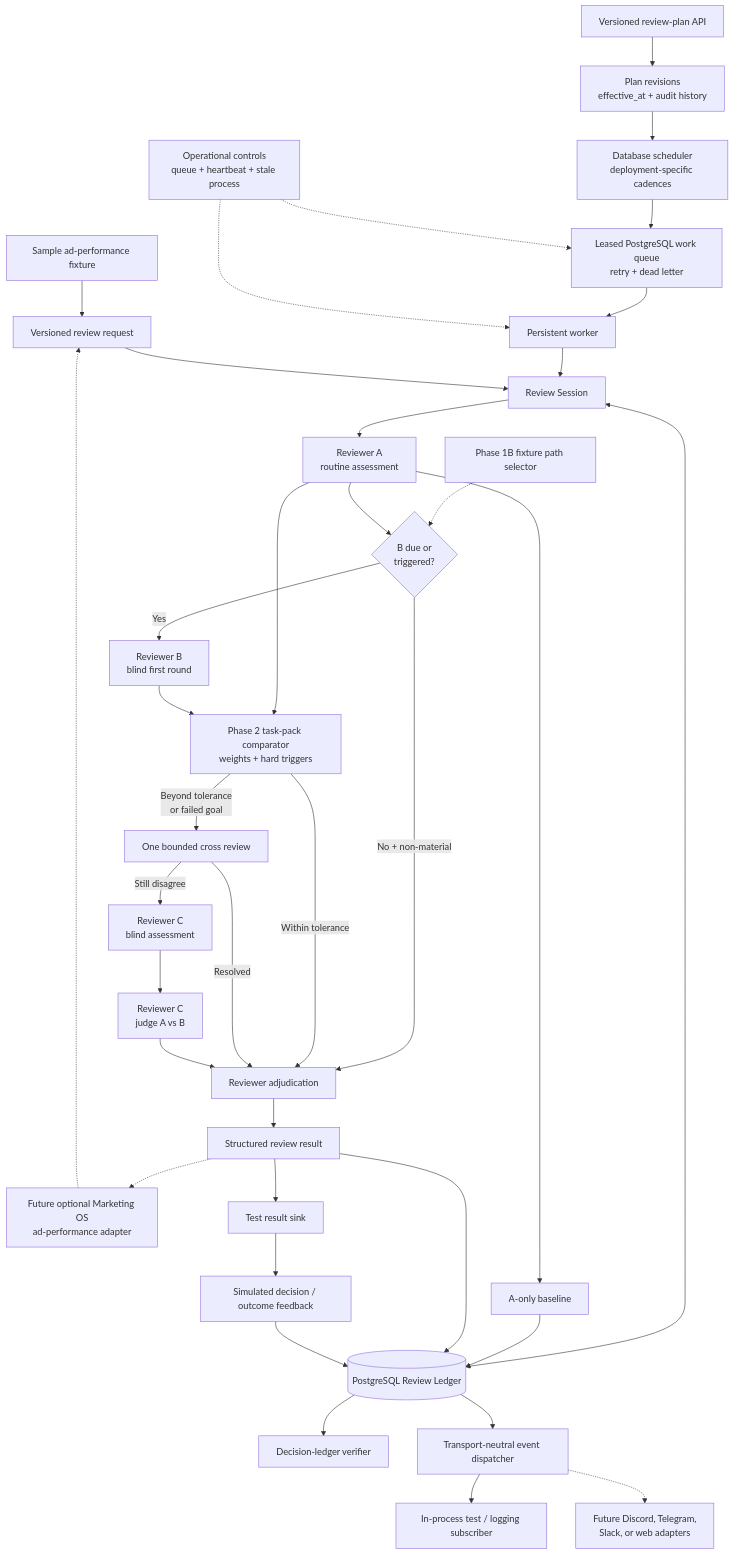
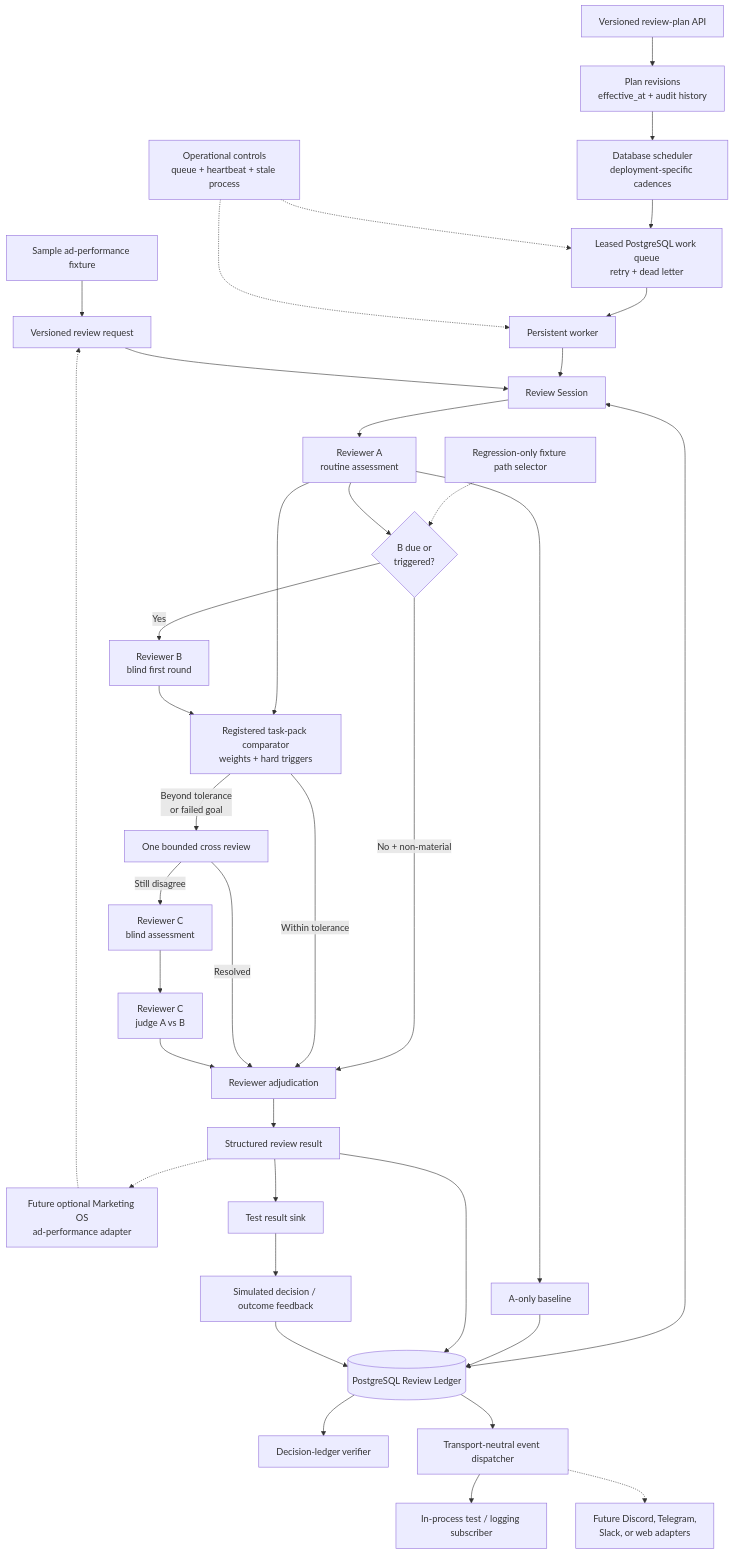
The diagram in MVP_architecture_flow.mmd (0xZanderPander/CONCLAVE), drawn with Mermaid before and after one commit. The commit also changed 25 other files, not shown here.

Commit message:
Start Phase 2 automatic task-pack routing

```diff
--- a/MVP_architecture_flow.mmd
+++ b/MVP_architecture_flow.mmd
@@ -1,39 +1,39 @@
 flowchart TB
     Fixture["Sample ad-performance fixture"] --> Request["Versioned review request"]
     FutureMarketing["Future optional Marketing OS<br/>ad-performance adapter"] -.-> Request
     PlanAPI["Versioned review-plan API"] --> Plans["Plan revisions<br/>effective_at + audit history"]
     Plans --> Scheduler["Database scheduler<br/>deployment-specific cadences"]
     Scheduler --> Queue["Leased PostgreSQL work queue<br/>retry + dead letter"]
     Queue --> Worker["Persistent worker"]
     Worker --> Session["Review Session"]
     Request --> Session
     Session <--> Ledger[("PostgreSQL Review Ledger")]
     Ops["Operational controls<br/>queue + heartbeat + stale process"] -.-> Queue
     Ops -.-> Worker
-    FixturePath["Phase 1B fixture path selector"] -.-> Expand
+    FixturePath["Regression-only fixture path selector"] -.-> Expand
 
     Session --> A["Reviewer A<br/>routine assessment"]
     A --> Baseline["A-only baseline"]
     Baseline --> Ledger
     A --> Expand{"B due or<br/>triggered?"}
     Expand -->|"No + non-material"| Resolve["Reviewer adjudication"]
     Expand -->|"Yes"| B["Reviewer B<br/>blind first round"]
-    A --> Compare["Phase 2 task-pack comparator<br/>weights + hard triggers"]
+    A --> Compare["Registered task-pack comparator<br/>weights + hard triggers"]
     B --> Compare
     Compare -->|"Within tolerance"| Resolve
     Compare -->|"Beyond tolerance<br/>or failed goal"| Cross["One bounded cross review"]
     Cross -->|"Resolved"| Resolve
     Cross -->|"Still disagree"| CBlind["Reviewer C<br/>blind assessment"]
     CBlind --> CJudge["Reviewer C<br/>judge A vs B"]
     CJudge --> Resolve
 
     Resolve --> Result["Structured review result"]
     Result --> Ledger
     Ledger --> Audit["Decision-ledger verifier"]
     Ledger --> Dispatcher["Transport-neutral event dispatcher"]
     Dispatcher --> TestSubscriber["In-process test / logging subscriber"]
     Dispatcher -.-> FutureTransports["Future Discord, Telegram,<br/>Slack, or web adapters"]
     Result --> TestSink["Test result sink"]
     TestSink --> Feedback["Simulated decision / outcome feedback"]
     Result -.-> FutureMarketing
     Feedback --> Ledger
```
